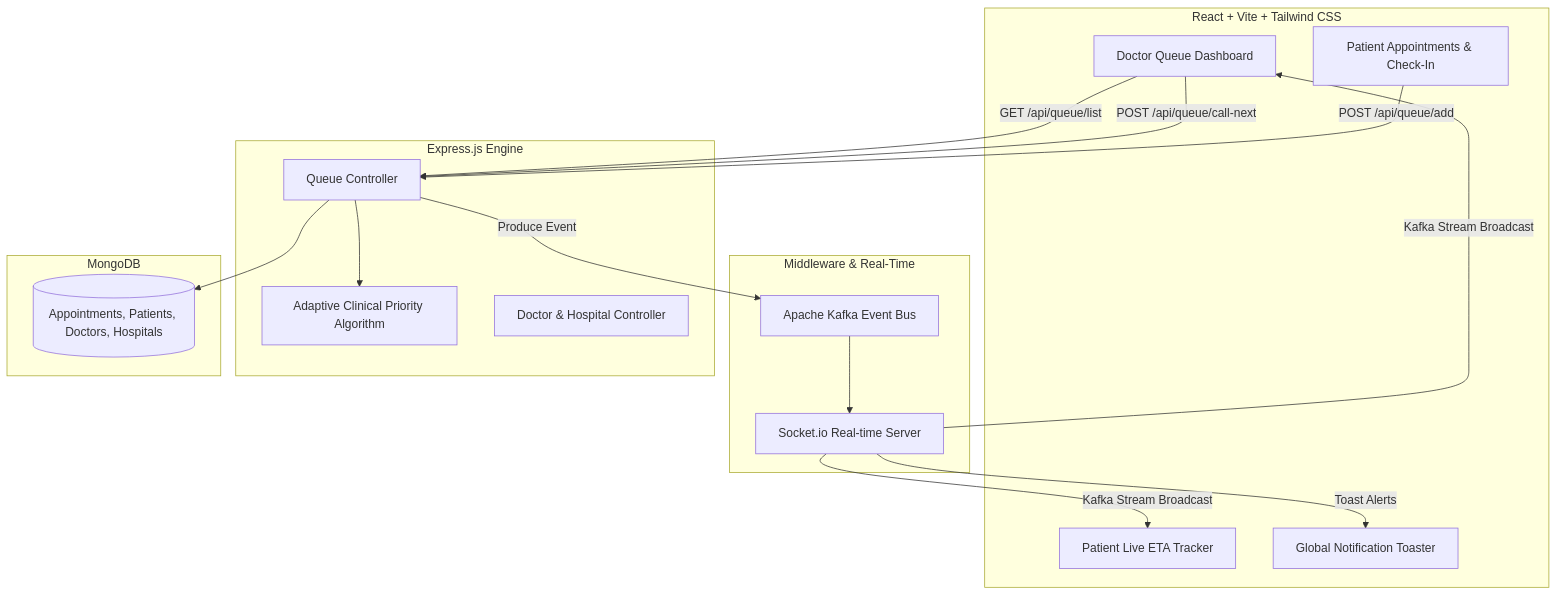
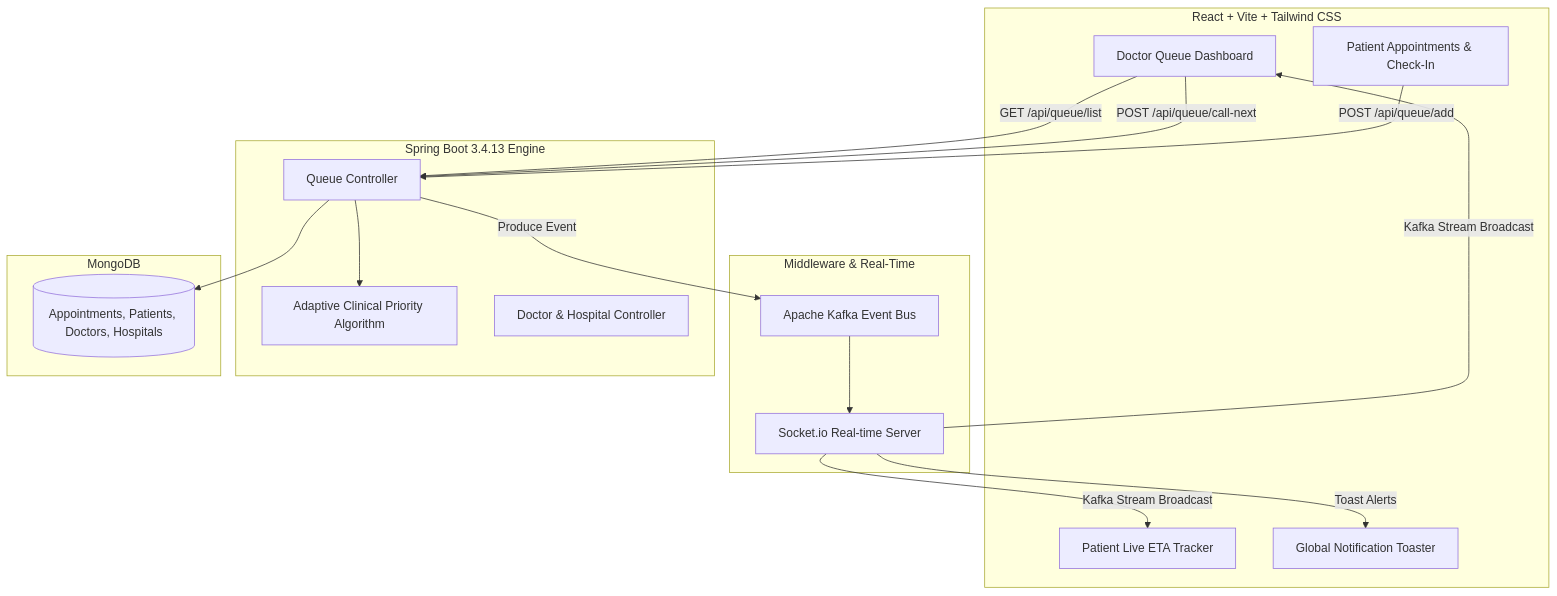
One commit to lavyadamania/LifeFile changed the diagram in project_overview.md. Above: the diagram before and after it, drawn with Mermaid. The commit also changed other lines of this file and 187 other files, not shown here.

````diff
--- a/project_overview.md
+++ b/project_overview.md
@@ -9,35 +9,35 @@
 ```mermaid
 flowchart TD
     subgraph Frontend [React + Vite + Tailwind CSS]
         UI[Doctor Queue Dashboard]
         PatientUI[Patient Live ETA Tracker]
         ApptUI[Patient Appointments & Check-In]
         Toast[Global Notification Toaster]
     end
 
     subgraph Middleware & Real-Time
         Socket[Socket.io Real-time Server]
         Kafka[Apache Kafka Event Bus]
     end
 
-    subgraph Backend Services [Express.js Engine]
+    subgraph Backend Services [Spring Boot 3.4.13 Engine]
         ACPA[Adaptive Clinical Priority Algorithm]
         QueueAPI[Queue Controller]
         DoctorAPI[Doctor & Hospital Controller]
     end
 
     subgraph Database Layer [MongoDB]
         DB[(Appointments, Patients, Doctors, Hospitals)]
     end
 
     UI -->|GET /api/queue/list| QueueAPI
     UI -->|POST /api/queue/call-next| QueueAPI
     ApptUI -->|POST /api/queue/add| QueueAPI
     QueueAPI --> ACPA
     QueueAPI --> DB
     QueueAPI -->|Produce Event| Kafka
     Kafka --> Socket
     Socket -->|Kafka Stream Broadcast| UI
     Socket -->|Kafka Stream Broadcast| PatientUI
     Socket -->|Toast Alerts| Toast
 ```
````
